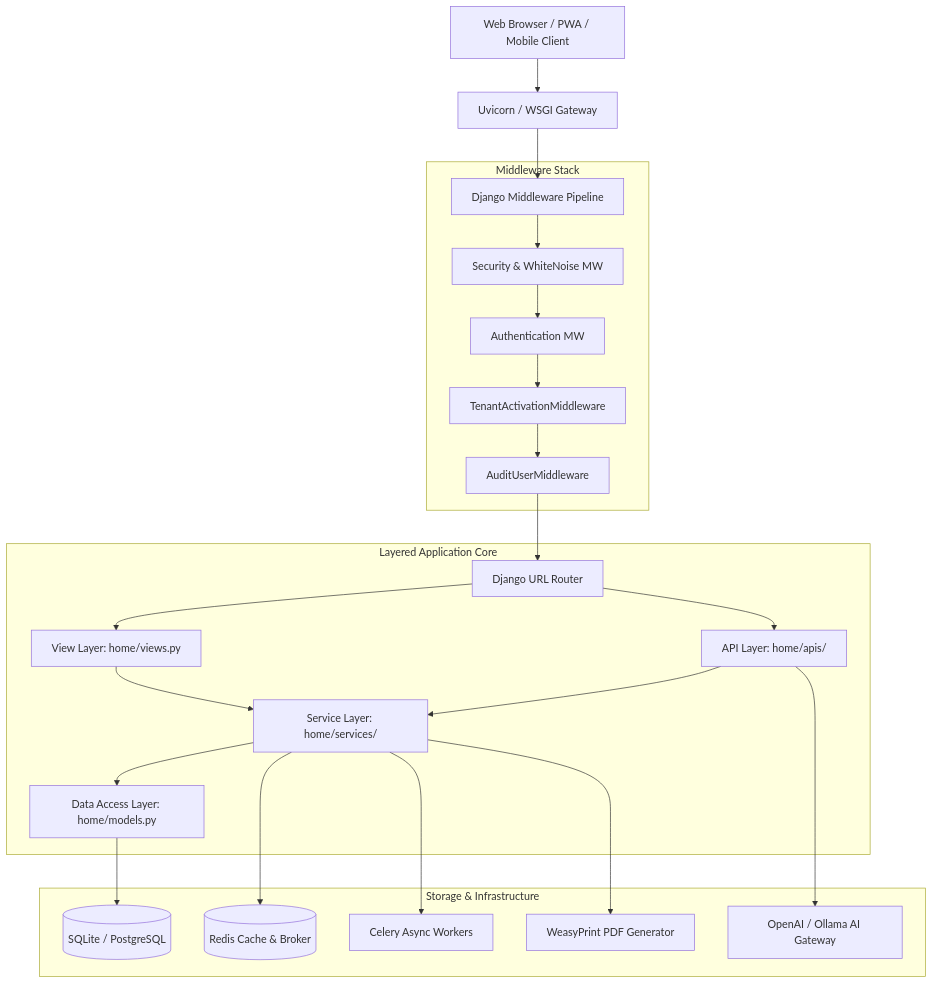
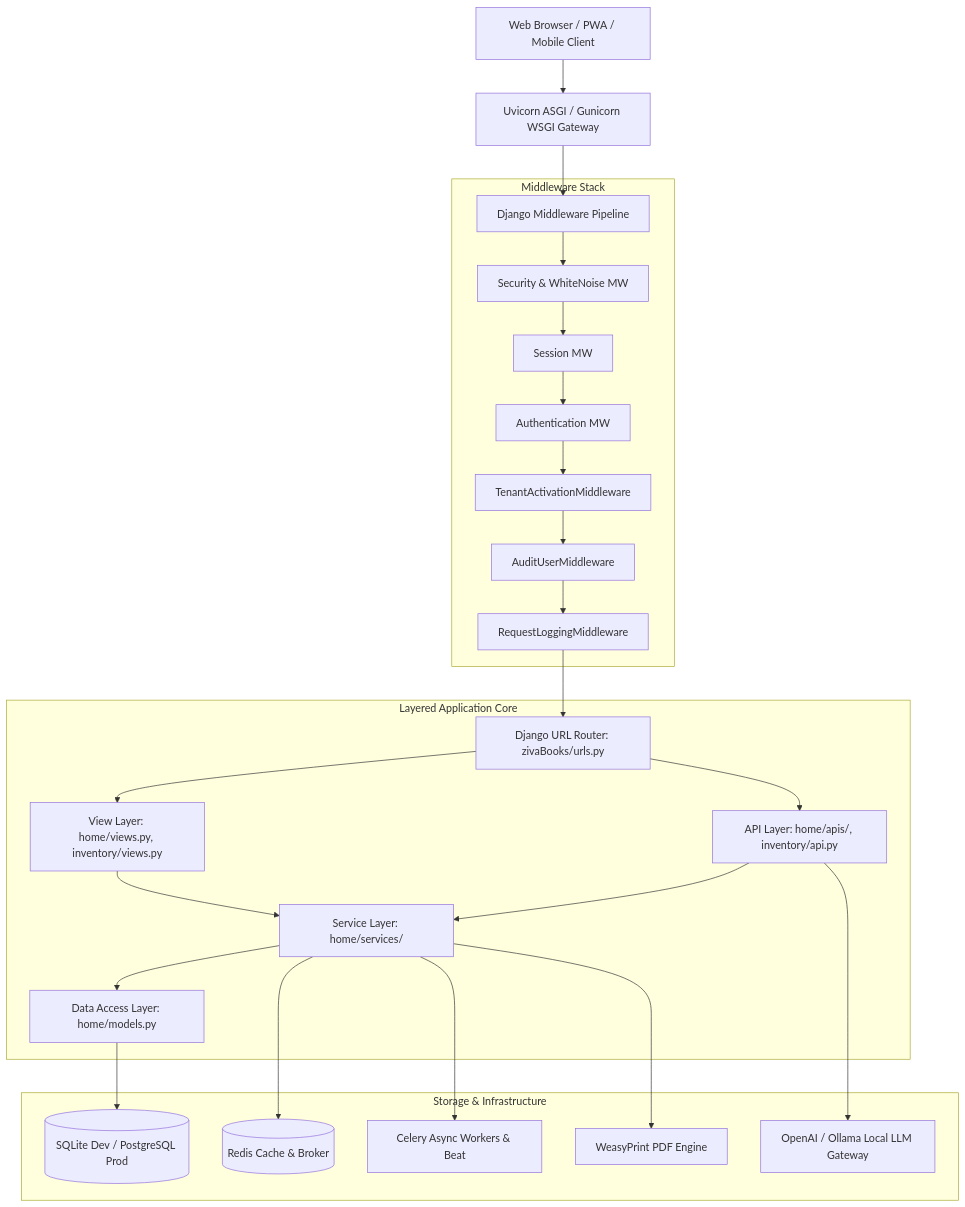
The first of 6 diagrams in ARCHITECTURE.md (anishkumarsahu555/zivaBooks), drawn with Mermaid before and after one commit. The commit also changed other lines of this file and 49 other files, not shown here.

````diff
--- a/ARCHITECTURE.md
+++ b/ARCHITECTURE.md
@@ -11,32 +11,34 @@
 ```mermaid
 graph TD
-    Client[Web Browser / PWA / Mobile Client] --> WSGI[Uvicorn / WSGI Gateway]
+    Client[Web Browser / PWA / Mobile Client] --> WSGI[Uvicorn ASGI / Gunicorn WSGI Gateway]
     WSGI --> MW[Django Middleware Pipeline]
     
     subgraph Middleware Stack
         MW --> SecMW[Security & WhiteNoise MW]
-        SecMW --> AuthMW[Authentication MW]
+        SecMW --> SessMW[Session MW]
+        SessMW --> AuthMW[Authentication MW]
         AuthMW --> LicMW[TenantActivationMiddleware]
         LicMW --> AuditMW[AuditUserMiddleware]
+        AuditMW --> LogMW[RequestLoggingMiddleware]
     end
     
-    AuditMW --> Router[Django URL Router]
+    LogMW --> Router[Django URL Router: zivaBooks/urls.py]
     
     subgraph Layered Application Core
-        Router --> Views[View Layer: home/views.py]
-        Router --> APIs[API Layer: home/apis/]
+        Router --> Views[View Layer: home/views.py, inventory/views.py]
+        Router --> APIs[API Layer: home/apis/, inventory/api.py]
         
         Views --> Services[Service Layer: home/services/]
         APIs --> Services
         
         Services --> DomainModels[Data Access Layer: home/models.py]
     end
     
     subgraph Storage & Infrastructure
-        DomainModels --> DB[(SQLite / PostgreSQL)]
+        DomainModels --> DB[(SQLite Dev / PostgreSQL Prod)]
         Services --> Redis[(Redis Cache & Broker)]
-        Services --> Celery[Celery Async Workers]
-        Services --> PDF[WeasyPrint PDF Generator]
-        APIs --> AI[OpenAI / Ollama AI Gateway]
+        Services --> Celery[Celery Async Workers & Beat]
+        Services --> PDF[WeasyPrint PDF Engine]
+        APIs --> AI[OpenAI / Ollama Local LLM Gateway]
     end
 ```
````
